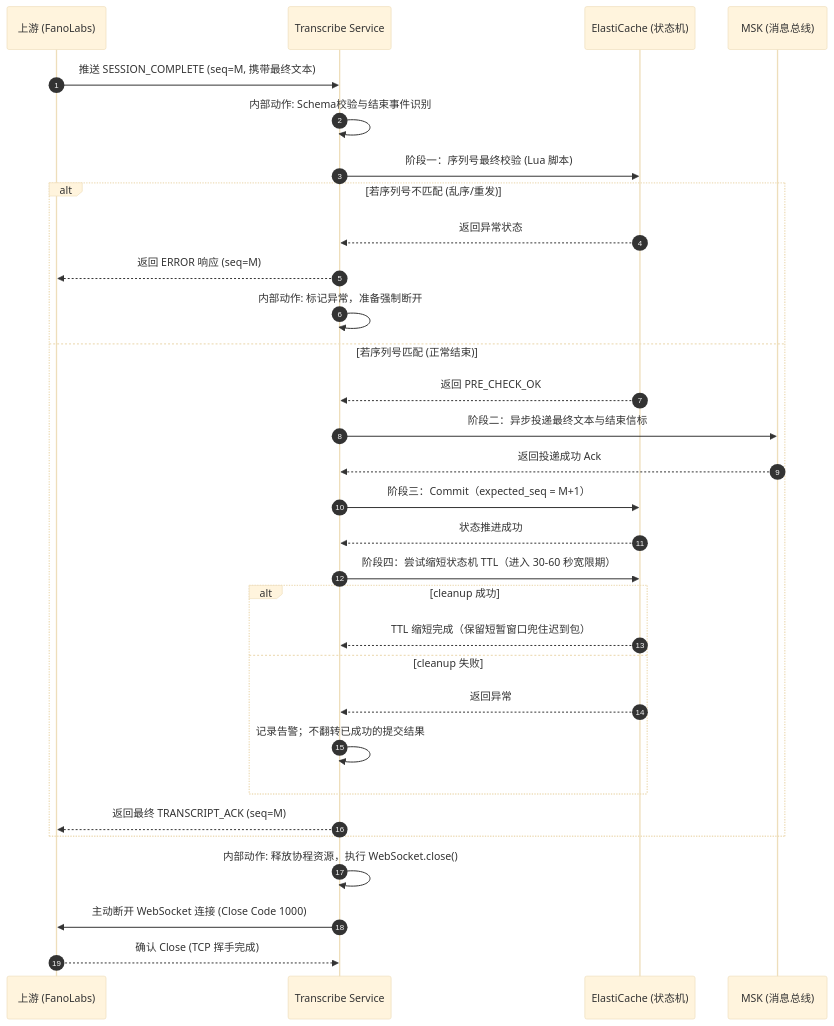
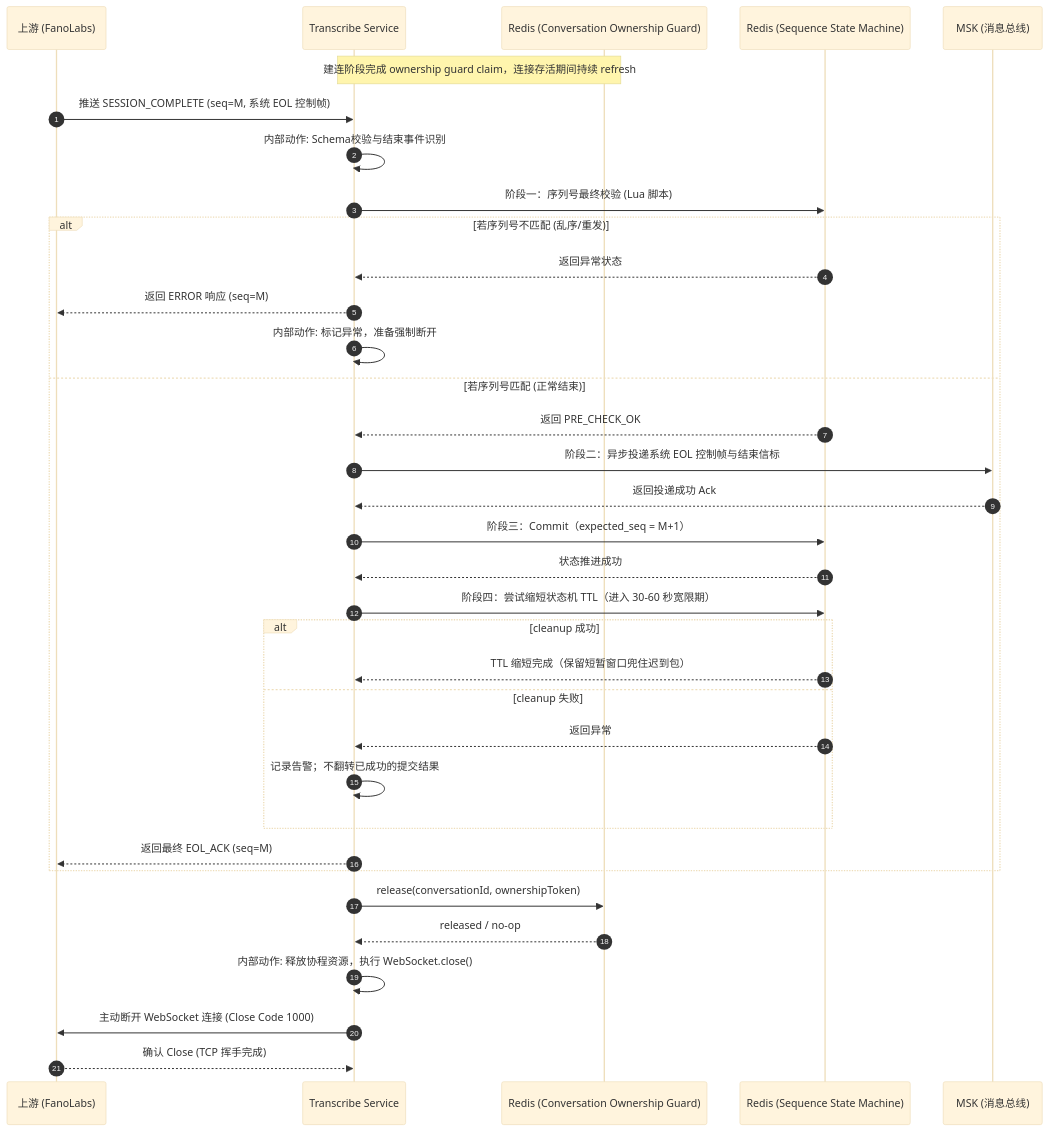
Before and after one commit to xiaodouya001/transcribe_service: the fourth of 6 diagrams in design/application-design_zh.md, drawn with Mermaid (base theme). The commit also changed other lines of this file and 47 other files, not shown here.

````diff
--- a/design/application-design_zh.md
+++ b/design/application-design_zh.md
@@ -149,41 +170,46 @@
 ```mermaid
 sequenceDiagram
     autonumber
     participant Vendor as 上游 (FanoLabs)
     participant Trans as Transcribe Service
-    participant Redis as ElastiCache (状态机)
+    participant RedisOwnership as Redis (Conversation Ownership Guard)
+    participant RedisState as Redis (Sequence State Machine)
     participant Kafka as MSK (消息总线)
 
-    Vendor->>Trans: 推送 SESSION_COMPLETE (seq=M, 携带最终文本)
+    Note over Trans,RedisOwnership: 建连阶段完成 ownership guard claim，连接存活期间持续 refresh
+
+    Vendor->>Trans: 推送 SESSION_COMPLETE (seq=M, 系统 EOL 控制帧)
     Trans->>Trans: 内部动作: Schema校验与结束事件识别
     
-    Trans->>Redis: 阶段一：序列号最终校验 (Lua 脚本)
+    Trans->>RedisState: 阶段一：序列号最终校验 (Lua 脚本)
     
     alt 若序列号不匹配 (乱序/重发)
-        Redis-->>Trans: 返回异常状态
+        RedisState-->>Trans: 返回异常状态
         Trans-->>Vendor: 返回 ERROR 响应 (seq=M)
         Trans->>Trans: 内部动作: 标记异常，准备强制断开
     else 若序列号匹配 (正常结束)
-        Redis-->>Trans: 返回 PRE_CHECK_OK
+        RedisState-->>Trans: 返回 PRE_CHECK_OK
         
-        Trans->>Kafka: 阶段二：异步投递最终文本与结束信标
+        Trans->>Kafka: 阶段二：异步投递系统 EOL 控制帧与结束信标
         Kafka-->>Trans: 返回投递成功 Ack
         
-        Trans->>Redis: 阶段三：Commit（expected_seq = M+1）
-        Redis-->>Trans: 状态推进成功
+        Trans->>RedisState: 阶段三：Commit（expected_seq = M+1）
+        RedisState-->>Trans: 状态推进成功
 
-        Trans->>Redis: 阶段四：尝试缩短状态机 TTL（进入 30-60 秒宽限期）
+        Trans->>RedisState: 阶段四：尝试缩短状态机 TTL（进入 30-60 秒宽限期）
         alt cleanup 成功
-            Redis-->>Trans: TTL 缩短完成（保留短暂窗口兜住迟到包）
+            RedisState-->>Trans: TTL 缩短完成（保留短暂窗口兜住迟到包）
         else cleanup 失败
-            Redis-->>Trans: 返回异常
+            RedisState-->>Trans: 返回异常
             Trans->>Trans: 记录告警；不翻转已成功的提交结果
         end
 
-        Trans-->>Vendor: 返回最终 TRANSCRIPT_ACK (seq=M)
+        Trans-->>Vendor: 返回最终 EOL_ACK (seq=M)
     end
     
+    Trans->>RedisOwnership: release(conversationId, ownershipToken)
+    RedisOwnership-->>Trans: released / no-op
     Trans->>Trans: 内部动作: 释放协程资源，执行 WebSocket.close()
     Trans->>Vendor: 主动断开 WebSocket 连接 (Close Code 1000)
     Vendor-->>Trans: 确认 Close (TCP 挥手完成)
 ```
````
